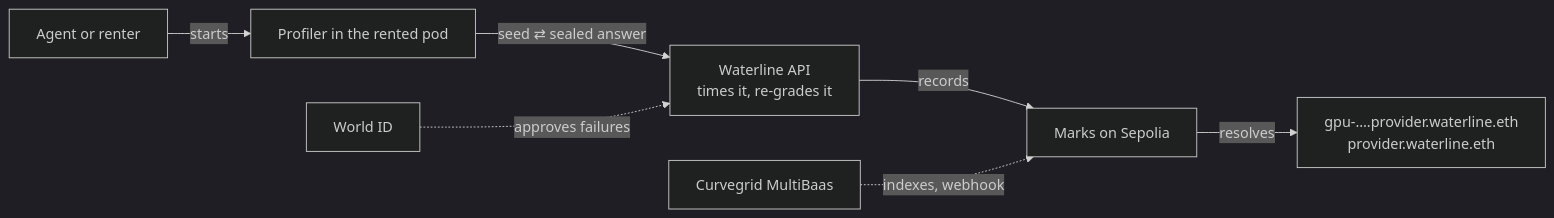
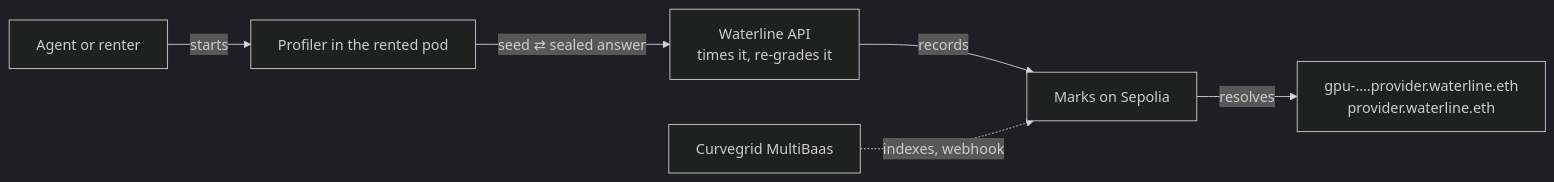
Before and after one commit to FlyingWHR/waterline: the diagram in README.md, drawn with Mermaid (dark theme). The commit also changed other lines of this file and 37 other files, not shown here.

````diff
--- a/README.md
+++ b/README.md
@@ -64,9 +64,8 @@
 ```mermaid
 flowchart LR
   A[Agent or renter] -- starts --> P[Profiler in the rented pod]
   P -- seed ⇄ sealed answer --> API[Waterline API<br/>times it, re-grades it]
   API -- records --> M[Marks on Sepolia]
   M -- resolves --> E["gpu-….provider.waterline.eth<br/>provider.waterline.eth"]
-  W[World ID] -. approves failures .-> API
   MB[Curvegrid MultiBaas] -. indexes, webhook .-> M
 ```
````
